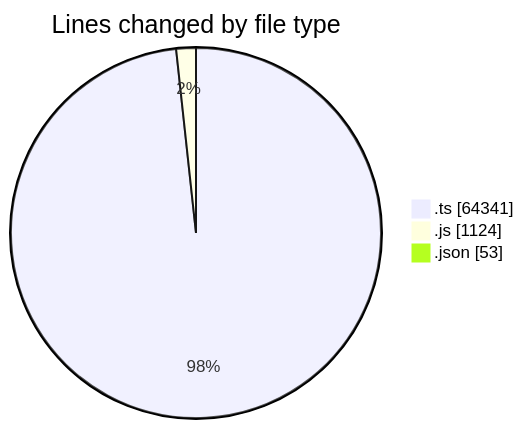
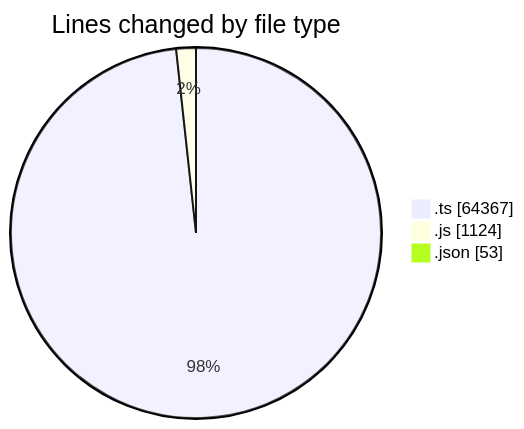
Before and after one commit to momahboobian/code-tracking: the first of 2 diagrams in 2026-10-23/cda/README.md, drawn with Mermaid. The commit also changed other lines of this file and 1 other file, not shown here.

````diff
--- a/2026-10-23/cda/README.md
+++ b/2026-10-23/cda/README.md
@@ -43,7 +44,7 @@
 ```mermaid
 pie showData
 title Lines changed by file type
-".ts" : 64341
+".ts" : 64367
 ".js" : 1124
 ".json" : 53
 ```
````
